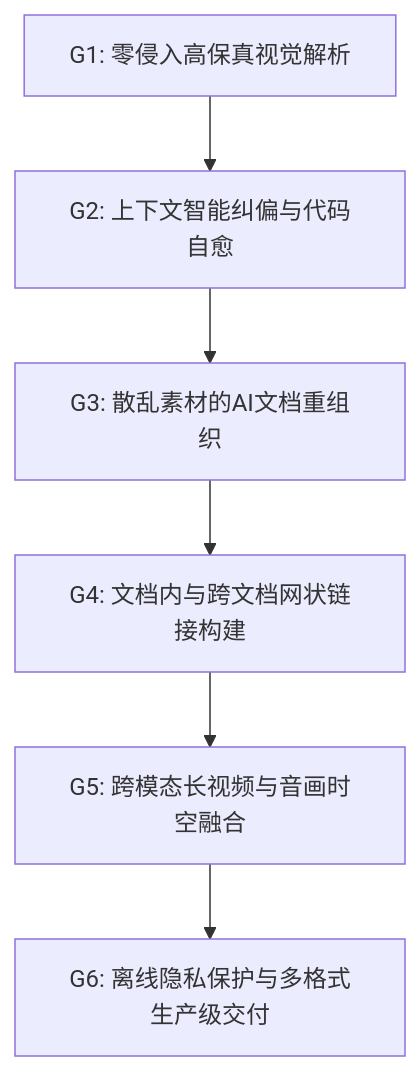
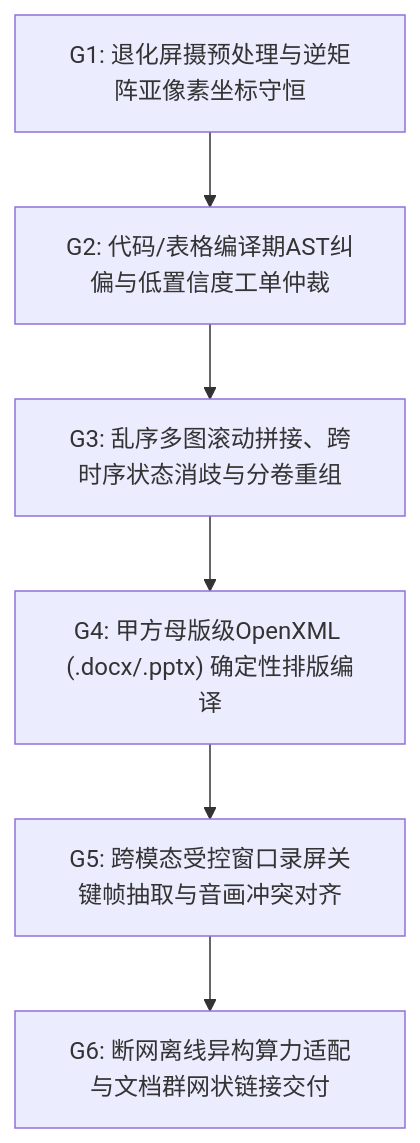
One commit to TK-zhang/tupian-zhuan-wendang changed the diagram in docs/02_战略愿景与核心目标/02_核心目标分级与成功验收指标.md. Above: the diagram before and after it, drawn with Mermaid. The commit also changed other lines of this file and 19 other files, not shown here.

````diff
--- a/docs/02_战略愿景与核心目标/02_核心目标分级与成功验收指标.md
+++ b/docs/02_战略愿景与核心目标/02_核心目标分级与成功验收指标.md
@@ -7,8 +7,8 @@
 ```mermaid
 flowchart TD
-    G1[G1: 零侵入高保真视觉解析] --> G2[G2: 上下文智能纠偏与代码自愈]
-    G2 --> G3[G3: 散乱素材的AI文档重组织]
-    G3 --> G4[G4: 文档内与跨文档网状链接构建]
-    G4 --> G5[G5: 跨模态长视频与音画时空融合]
-    G5 --> G6[G6: 离线隐私保护与多格式生产级交付]
+    G1["G1: 退化屏摄预处理与逆矩阵亚像素坐标守恒"] --> G2["G2: 代码/表格编译期AST纠偏与低置信度工单仲裁"]
+    G2 --> G3["G3: 乱序多图滚动拼接、跨时序状态消歧与分卷重组"]
+    G3 --> G4["G4: 甲方母版级OpenXML (.docx/.pptx) 确定性排版编译"]
+    G4 --> G5["G5: 跨模态受控窗口录屏关键帧抽取与音画冲突对齐"]
+    G5 --> G6["G6: 断网离线异构算力适配与文档群网状链接交付"]
 ```
````
